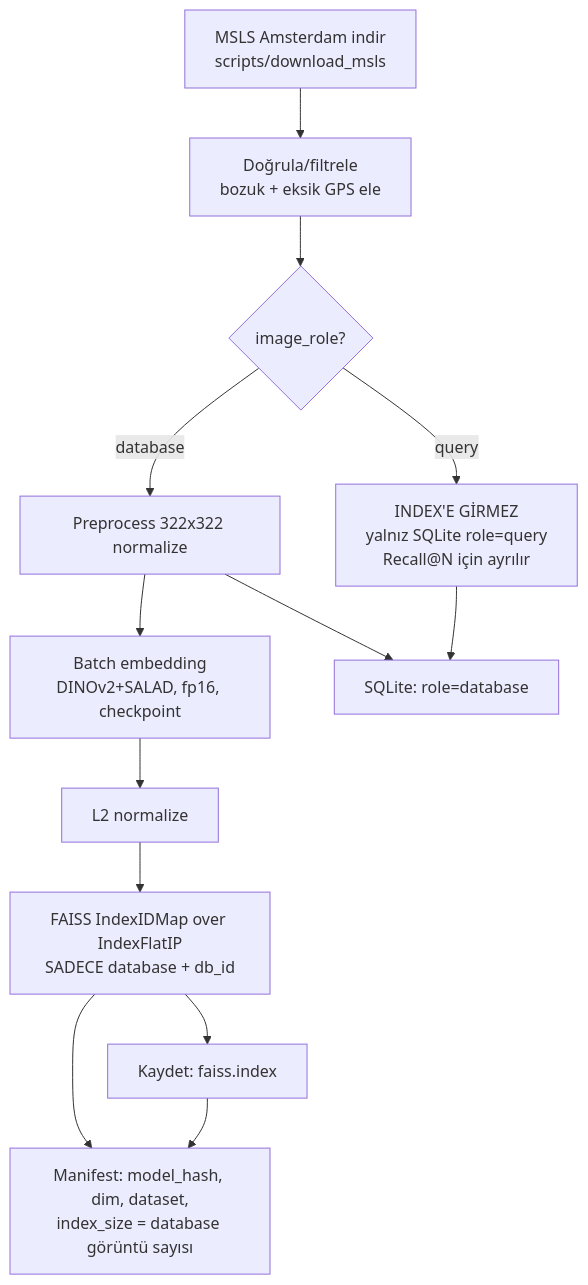
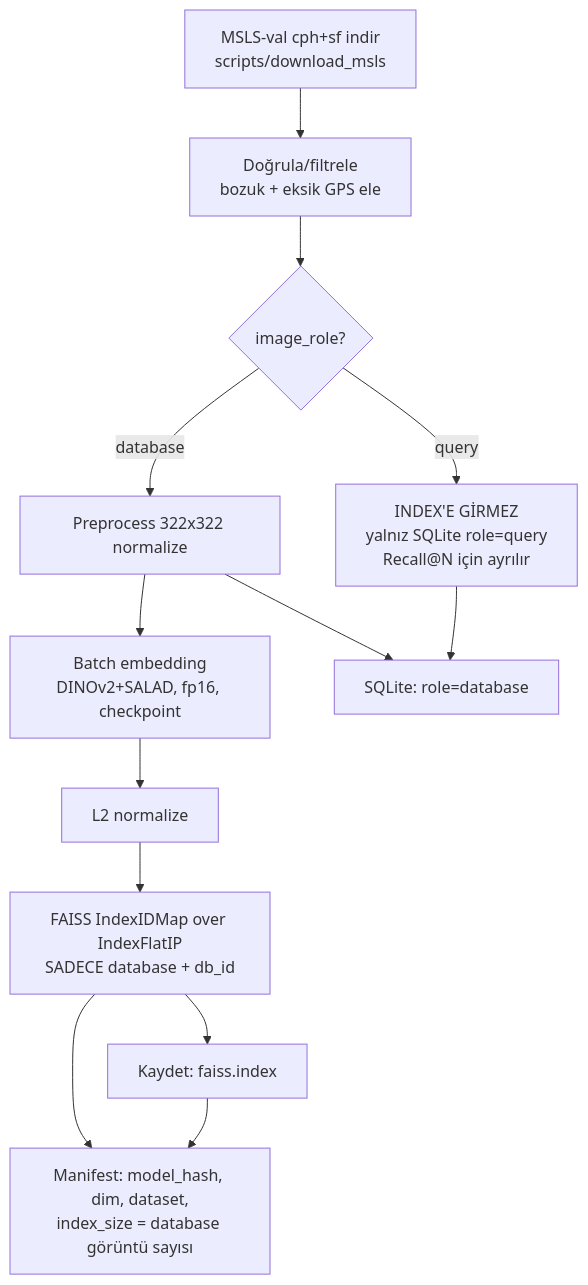
The third of 3 diagrams in docs/architecture/03-ai-pipeline.md (EnesSoydan/GeoLens), drawn with Mermaid before and after one commit. The commit also changed 20 other files, not shown here.

First line of the commit message:
fix(dataset): switch MVP target to official MSLS-val (cph+sf)

````diff
--- a/docs/architecture/03-ai-pipeline.md
+++ b/docs/architecture/03-ai-pipeline.md
@@ -61,15 +61,15 @@
 ```mermaid
 flowchart TD
-    A[MSLS Amsterdam indir<br/>scripts/download_msls] --> B[Doğrula/filtrele<br/>bozuk + eksik GPS ele]
+    A[MSLS-val cph+sf indir<br/>scripts/download_msls] --> B[Doğrula/filtrele<br/>bozuk + eksik GPS ele]
     B --> C{image_role?}
     C -->|database| D[Preprocess 322x322 normalize]
     C -->|query| Q[INDEX'E GİRMEZ<br/>yalnız SQLite role=query<br/>Recall@N için ayrılır]
     D --> E[Batch embedding<br/>DINOv2+SALAD, fp16, checkpoint]
     E --> F[L2 normalize]
     F --> G[FAISS IndexIDMap over IndexFlatIP<br/>SADECE database + db_id]
     G --> H[Kaydet: faiss.index]
     D --> I[SQLite: role=database]
     Q --> I
     G --> M[Manifest: model_hash, dim, dataset,<br/>index_size = database görüntü sayısı]
     H --> M
 ```
````
